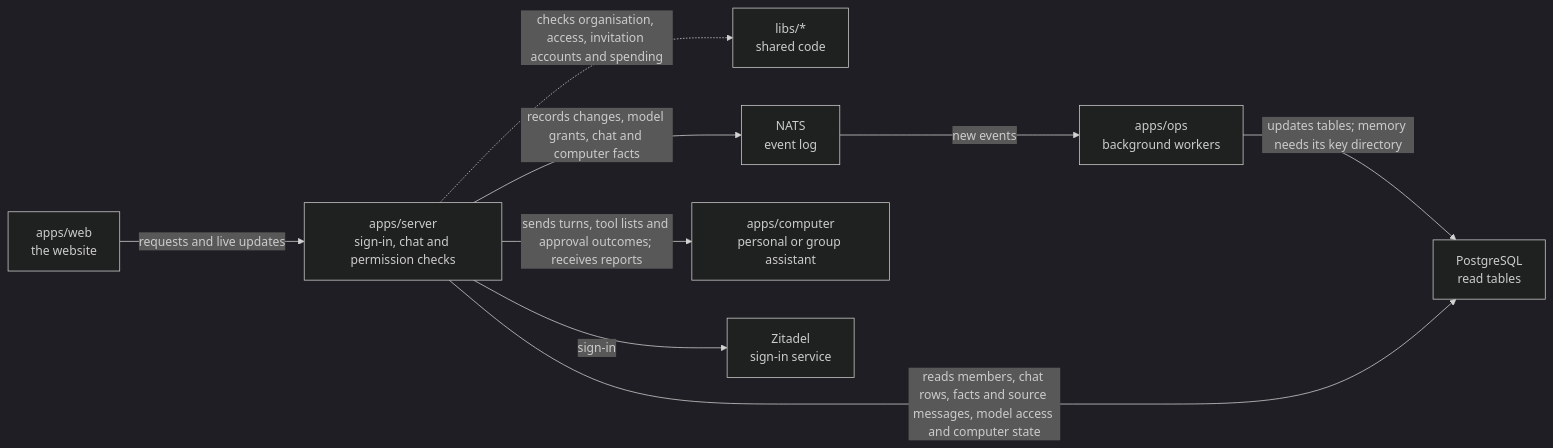
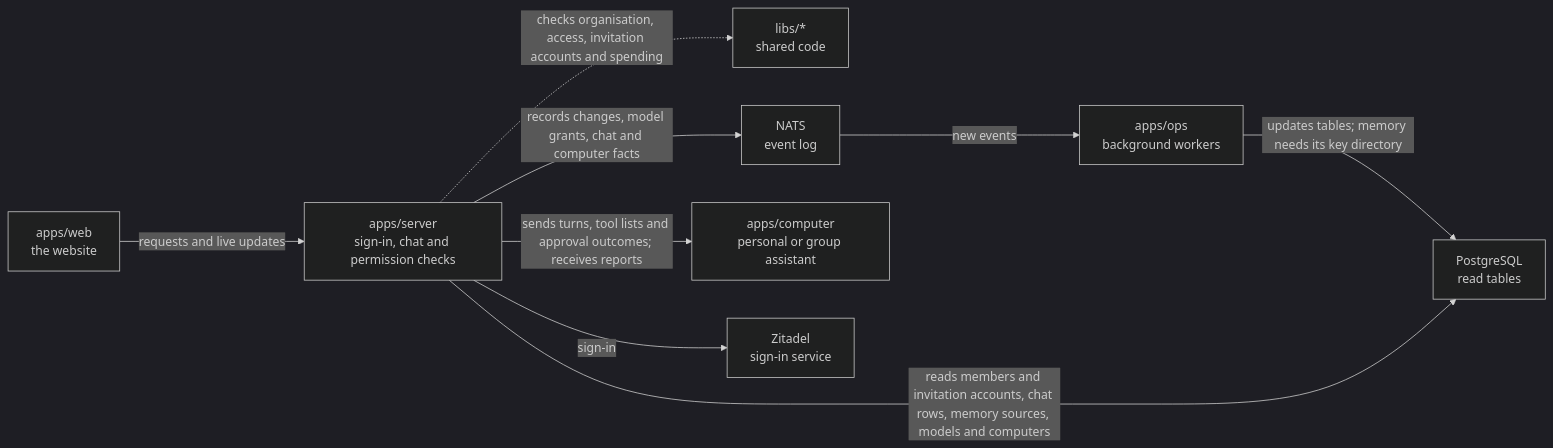
The diagram in apps/server/README.md (elewa-git/opencrane-new), drawn with Mermaid (dark theme) before and after one commit. The commit also changed other lines of this file and 9 other files, not shown here.

````diff
--- a/apps/server/README.md
+++ b/apps/server/README.md
@@ -11,11 +11,11 @@
 ```mermaid
 flowchart LR
   web["apps/web<br/>the website"] -->|requests and live updates| server["apps/server<br/>sign-in, chat and permission checks"]
   server -.->|checks organisation, access, invitation accounts and spending| libs["libs/*<br/>shared code"]
   server -->|records changes, model grants, chat and computer facts| nats["NATS<br/>event log"]
   nats -->|new events| ops["apps/ops<br/>background workers"]
   ops -->|updates tables; memory needs its key directory| postgres["PostgreSQL<br/>read tables"]
-  server -->|reads members, chat rows, facts and source messages, model access and computer state| postgres
+  server -->|reads members and invitation accounts, chat rows, memory sources, models and computers| postgres
   server -->|sends turns, tool lists and approval outcomes; receives reports| computer["apps/computer<br/>personal or group assistant"]
   server -->|sign-in| zitadel["Zitadel<br/>sign-in service"]
 ```
````
